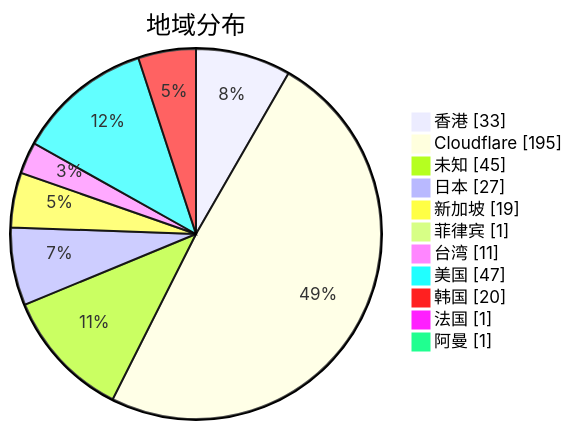
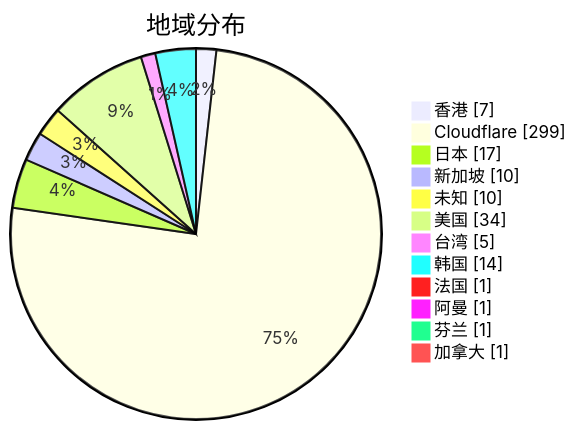
One commit to qjlxg/airport changed the second of 3 diagrams in subs/statistics/tested_within.md. Above: the diagram before and after it, drawn with Mermaid. The commit also changed other lines of this file and 2 other files, not shown here.

````diff
--- a/subs/statistics/tested_within.md
+++ b/subs/statistics/tested_within.md
@@ -14,15 +14,16 @@
 ```mermaid
 pie showData
 title 地域分布
-"香港" : 33
-"Cloudflare" : 195
-"未知" : 45
-"日本" : 27
-"新加坡" : 19
-"菲律宾" : 1
-"台湾" : 11
-"美国" : 47
-"韩国" : 20
+"香港" : 7
+"Cloudflare" : 299
+"日本" : 17
+"新加坡" : 10
+"未知" : 10
+"美国" : 34
+"台湾" : 5
+"韩国" : 14
 "法国" : 1
 "阿曼" : 1
+"芬兰" : 1
+"加拿大" : 1
 ```
````
